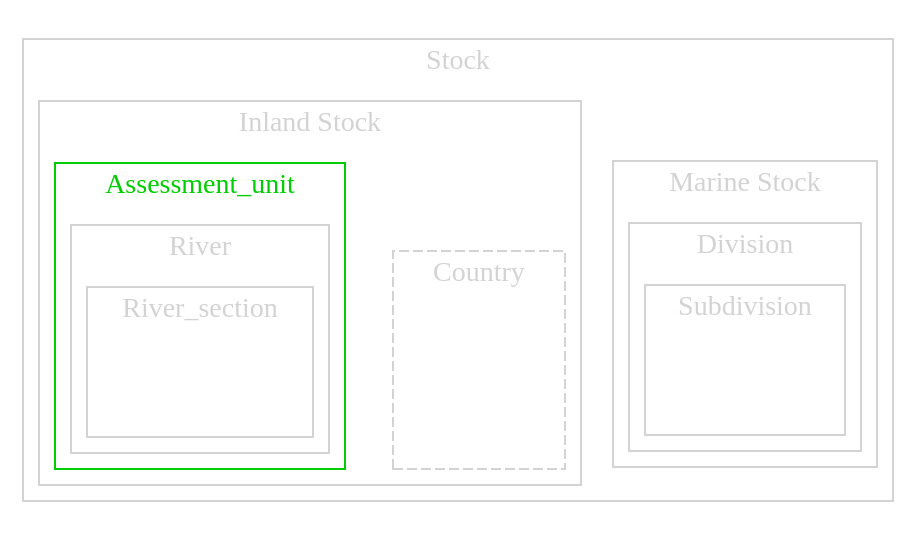
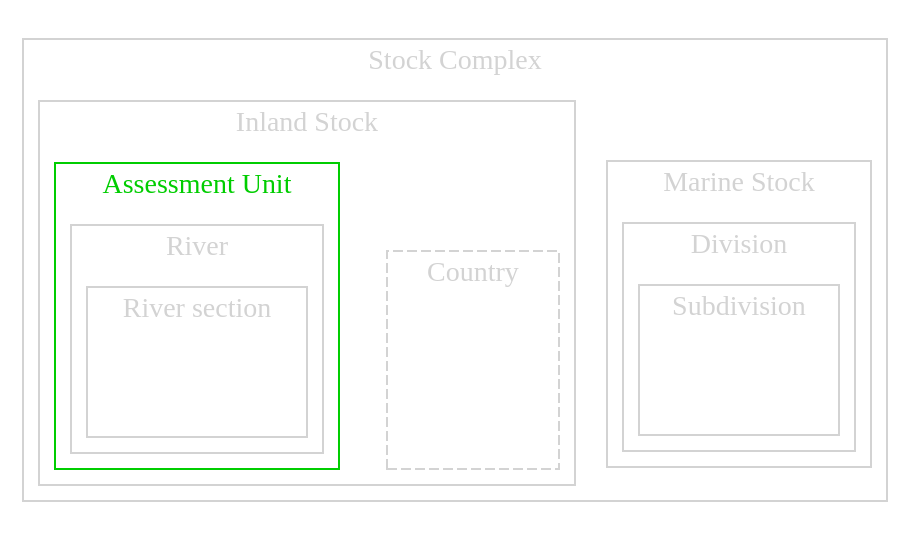
Before and after one commit to DIASPARAproject/WP3_habitat: the third of 20 diagrams in R/generating_graphs.qmd, drawn with Graphviz. The commit also changed other lines of this file and 3 other files, not shown here.

````diff
--- a/R/generating_graphs.qmd
+++ b/R/generating_graphs.qmd
@@ -210,6 +210,6 @@
 ```{dot}
 //| label: fig-area_hierarchy_bast3
-//| eval: false
+//| eval: true
 
 digraph {
     compound=true;
@@ -217,7 +217,7 @@
     rankdir="LR";
 
     subgraph clusterZ {
-      label = Stock
+      label = "Stock Complex"
       style=full
       color=lightgray
       fontcolor=lightgray
@@ -231,21 +231,21 @@
         center=true
 
         subgraph clusterB {
-        label = Assessment_unit
+        label = "Assessment Unit"
         style=full
         color=green3
         fontcolor=green3
         center=true
 
           subgraph clusterC {
-          label = River
+          label = "River"
           style=full
           color=lightgray
           fontcolor=lightgray
           center=true
                 
             subgraph clusterD {
-            label = River_section
+            label = "River section"
             style=full
             color=lightgray
             fontcolor=lightgray
````
